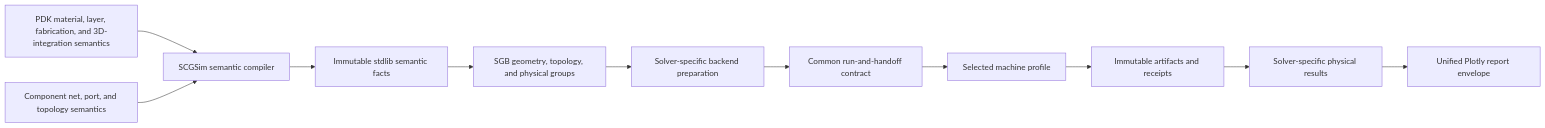
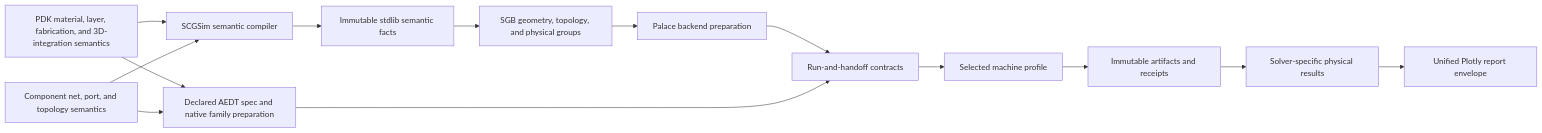
The diagram in docs/architecture.qmd (OrPenStrike/scgsim), drawn with Mermaid before and after one commit. The commit also changed other lines of this file and 20 other files, not shown here.

````diff
--- a/docs/architecture.qmd
+++ b/docs/architecture.qmd
@@ -10,14 +10,17 @@
 ```{mermaid}
 flowchart LR
   PDK["PDK material, layer, fabrication, and 3D-integration semantics"] --> COMPILER["SCGSim semantic compiler"]
   COMPONENT["Component net, port, and topology semantics"] --> COMPILER
   COMPILER --> CORE["Immutable stdlib semantic facts"]
   CORE --> SGB
   SGB["SGB geometry, topology, and physical groups"]
-  SGB --> BACKEND["Solver-specific backend preparation"]
-  BACKEND --> HANDOFF["Common run-and-handoff contract"]
+  SGB --> PALACE["Palace backend preparation"]
+  PDK --> AEDT["Declared AEDT spec and native family preparation"]
+  COMPONENT --> AEDT
+  PALACE --> HANDOFF["Run-and-handoff contracts"]
+  AEDT --> HANDOFF
   HANDOFF --> PROFILE["Selected machine profile"]
   PROFILE --> ARTIFACTS["Immutable artifacts and receipts"]
   ARTIFACTS --> RESULTS["Solver-specific physical results"]
   RESULTS --> REPORT["Unified Plotly report envelope"]
 ```
````
